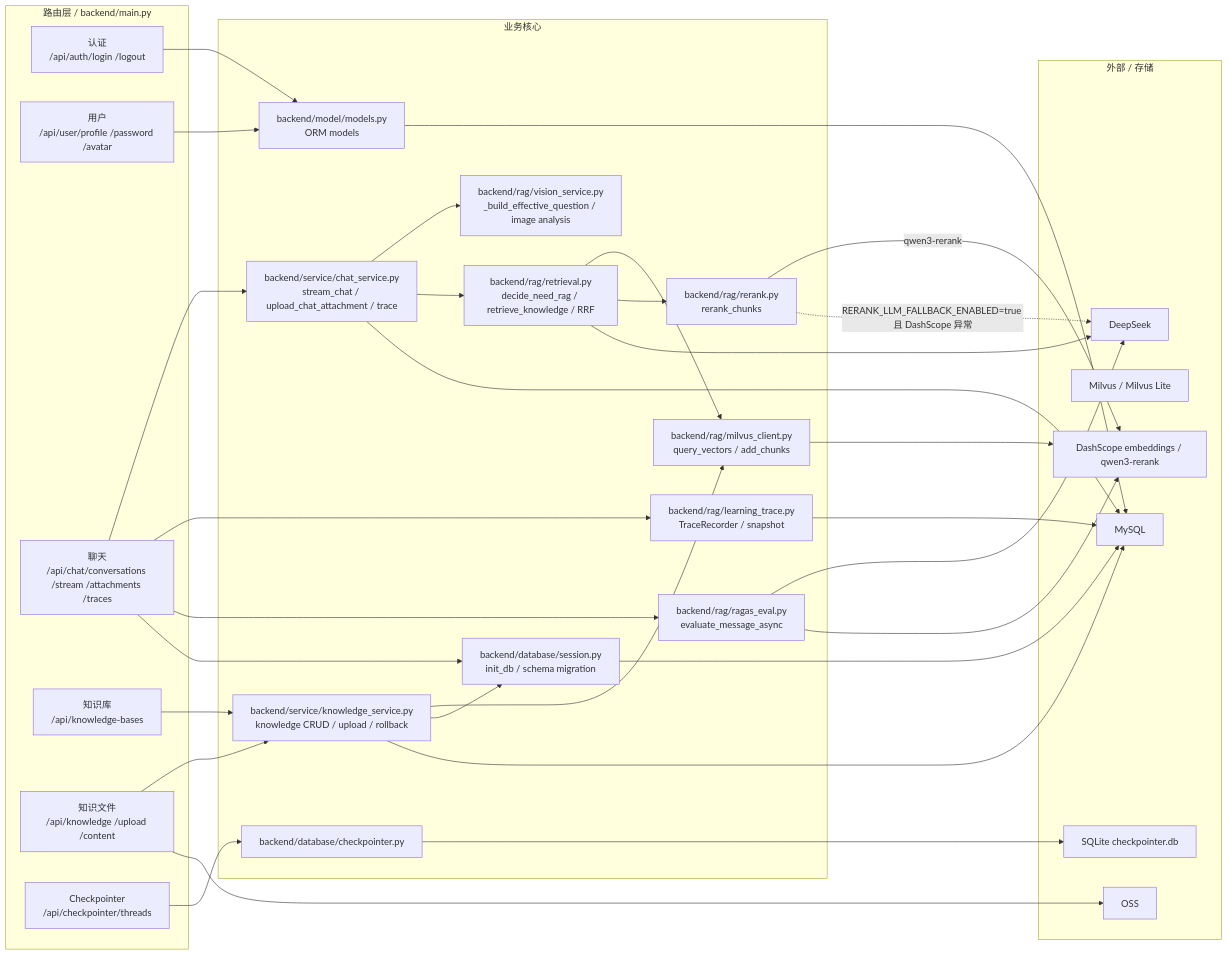
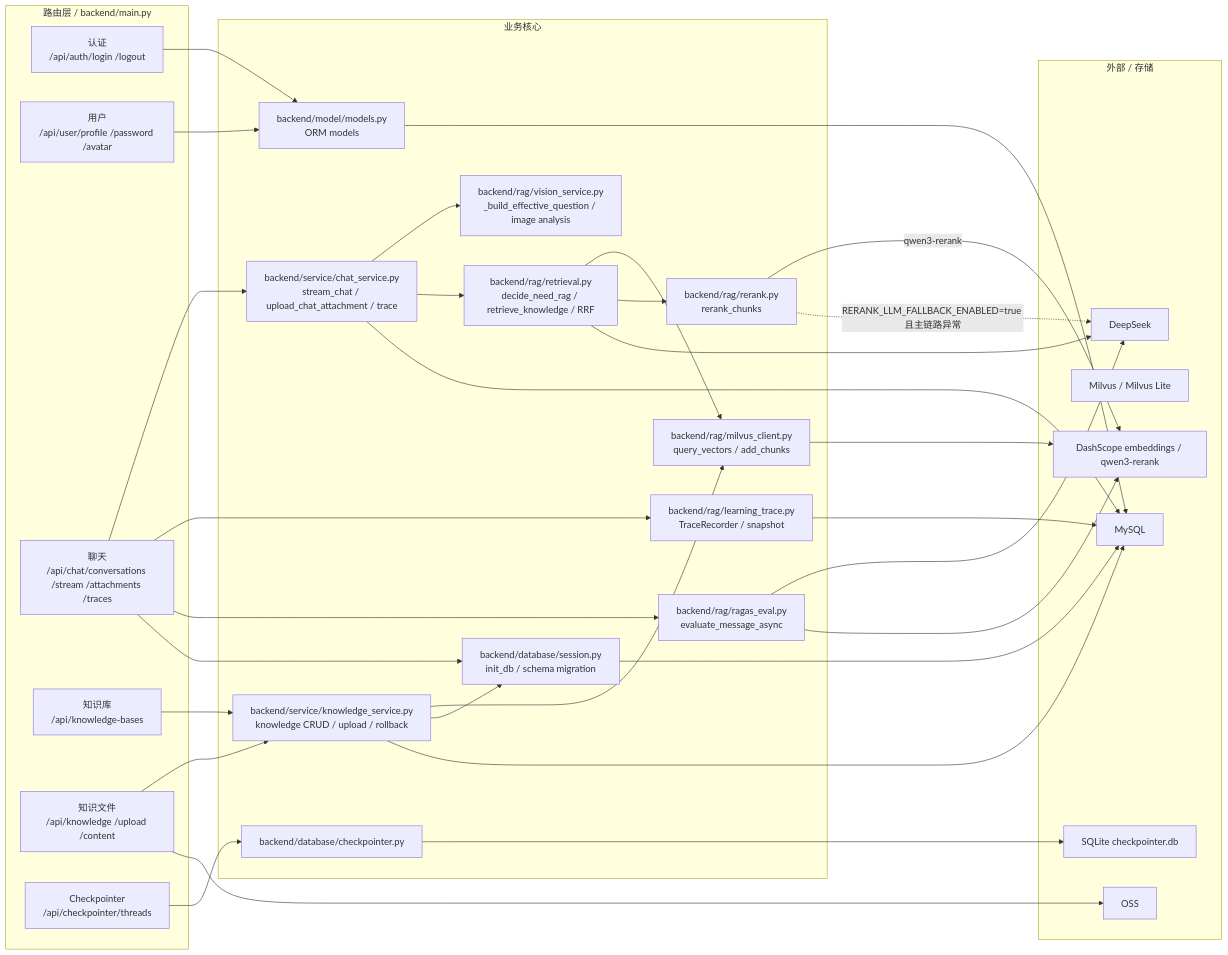
The third of 8 diagrams in docs/PROJECT_ARCHITECTURE_FULL.md (baiye-banned/Agent_about_answer), drawn with Mermaid before and after one commit. The commit also changed other lines of this file and 1 other file, not shown here.

Commit message:
docs(rerank): tighten fallback wording and fix roadmap sequence diagram
Review follow-ups on the rerank chain correction:

- The fallback trigger reads "主链路异常" rather than "DashScope 异常":
  the guard also fires when RERANK_API_KEY is missing or the response is
  empty/malformed, i.e. before or without a usable DashScope answer.
- The reading-roadmap sequence diagram still showed rerank_chunks() as a
  DeepSeek call. It now targets a DashScope rerank participant, with the
  DeepSeek fallback kept as a separately qualified line.

Refs #74

````diff
--- a/docs/PROJECT_ARCHITECTURE_FULL.md
+++ b/docs/PROJECT_ARCHITECTURE_FULL.md
@@ -152,64 +152,64 @@
 ```mermaid
 flowchart LR
   subgraph Routes["路由层 / backend/main.py"]
     Auth["认证<br/>/api/auth/login /logout"]
     User["用户<br/>/api/user/profile /password /avatar"]
     Chat["聊天<br/>/api/chat/conversations /stream /attachments /traces"]
     KB["知识库<br/>/api/knowledge-bases"]
     Files["知识文件<br/>/api/knowledge /upload /content"]
     CheckpointerRoute["Checkpointer<br/>/api/checkpointer/threads"]
   end
 
   subgraph Core["业务核心"]
     DB["backend/database/session.py<br/>init_db / schema migration"]
     Models["backend/model/models.py<br/>ORM models"]
     ChatSvc["backend/service/chat_service.py<br/>stream_chat / upload_chat_attachment / trace"]
     KnowledgeSvc["backend/service/knowledge_service.py<br/>knowledge CRUD / upload / rollback"]
     VisionSvc["backend/rag/vision_service.py<br/>_build_effective_question / image analysis"]
     Retrieval["backend/rag/retrieval.py<br/>decide_need_rag / retrieve_knowledge / RRF"]
     RerankSvc["backend/rag/rerank.py<br/>rerank_chunks"]
     MilvusClient["backend/rag/milvus_client.py<br/>query_vectors / add_chunks"]
     Trace["backend/rag/learning_trace.py<br/>TraceRecorder / snapshot"]
     Ragas["backend/rag/ragas_eval.py<br/>evaluate_message_async"]
     Checkpointer["backend/database/checkpointer.py"]
   end
 
   subgraph Services["外部 / 存储"]
     MySQL["MySQL"]
     Milvus["Milvus / Milvus Lite"]
     OSS["OSS"]
     DeepSeek["DeepSeek"]
     DashScope["DashScope embeddings / qwen3-rerank"]
     SQLite["SQLite checkpointer.db"]
   end
 
   Auth --> Models
   User --> Models
   Chat --> ChatSvc
   KB --> KnowledgeSvc
   Files --> KnowledgeSvc
   ChatSvc --> VisionSvc
   ChatSvc --> Retrieval
   KnowledgeSvc --> MilvusClient
   KnowledgeSvc --> DB
   Retrieval --> MilvusClient
   Retrieval --> RerankSvc
   RerankSvc -->|"qwen3-rerank"| DashScope
-  RerankSvc -.->|"RERANK_LLM_FALLBACK_ENABLED=true 且 DashScope 异常"| DeepSeek
+  RerankSvc -.->|"RERANK_LLM_FALLBACK_ENABLED=true 且主链路异常"| DeepSeek
   Chat --> Trace
   Chat --> Ragas
   Chat --> DB
   CheckpointerRoute --> Checkpointer
 
   DB --> MySQL
   Models --> MySQL
   ChatSvc --> MySQL
   KnowledgeSvc --> MySQL
   Retrieval --> DeepSeek
   MilvusClient --> DashScope
   Trace --> MySQL
   Ragas --> DeepSeek
   Ragas --> DashScope
   Checkpointer --> SQLite
   Files --> OSS
 ```
````
